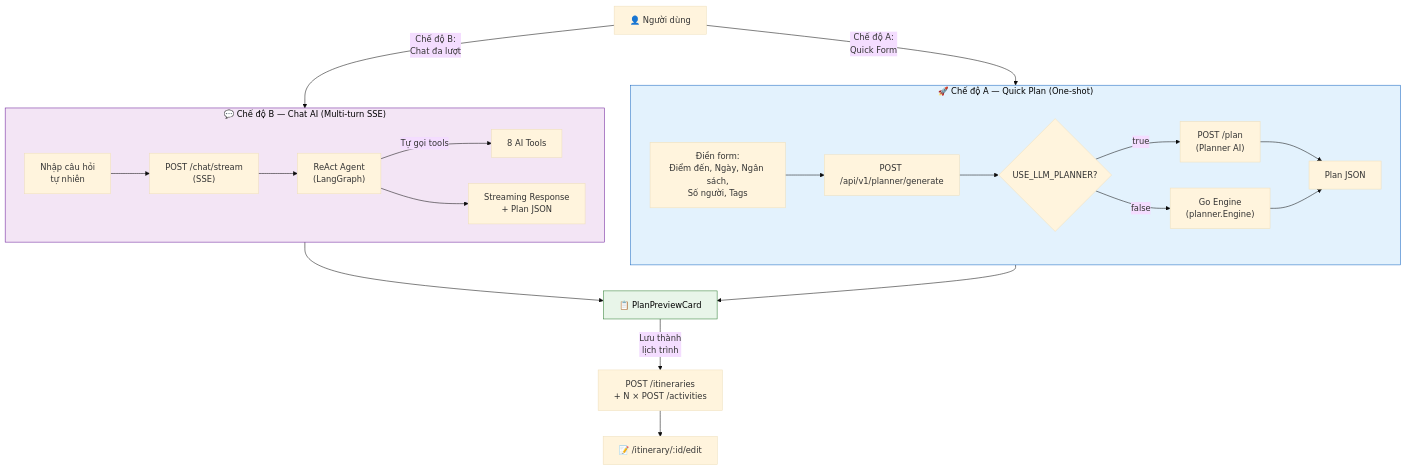
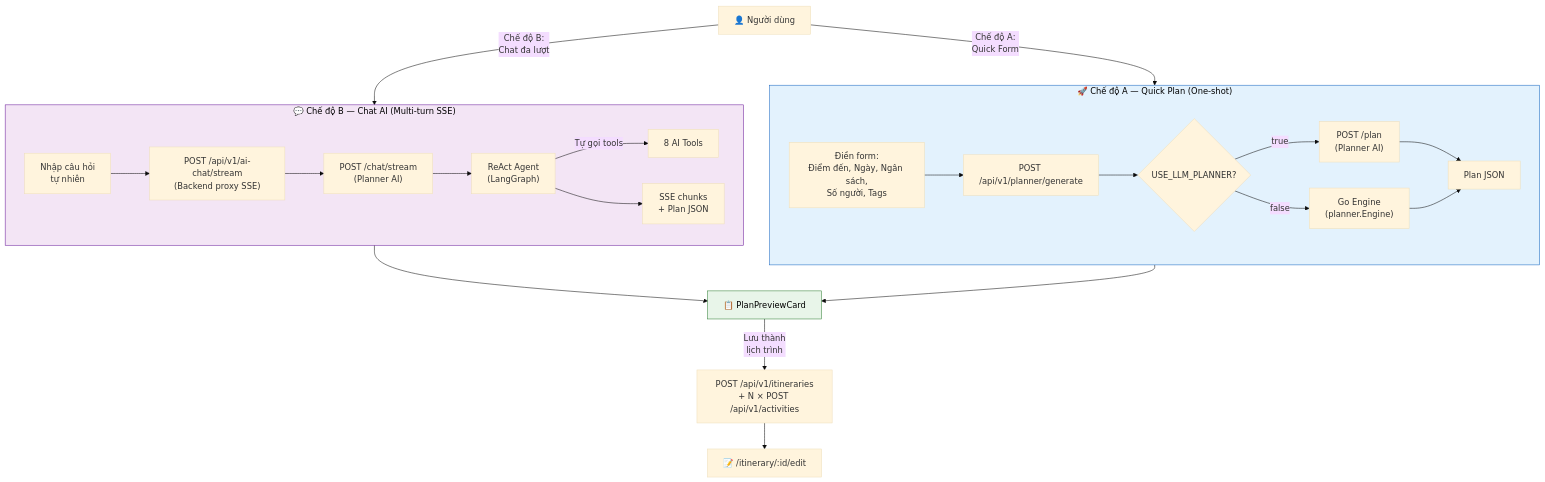
One commit to TVinhNguyen/Tripcompass changed the first of 4 diagrams in docs/diagrams/03-ai-planner-pipeline.md. Above: the diagram before and after it, drawn with Mermaid (base theme). The commit also changed other lines of this file and 12 other files, not shown here.

Commit message:
docs: add system design diagrams for AI planner and itinerary management workflows and initialize next-env.d.ts.

````diff
--- a/docs/diagrams/03-ai-planner-pipeline.md
+++ b/docs/diagrams/03-ai-planner-pipeline.md
@@ -5,36 +5,37 @@
 ```mermaid
 flowchart TB
     USER["👤 Người dùng"]
 
     USER -->|"Chế độ A:<br/>Quick Form"| MODE_A
     USER -->|"Chế độ B:<br/>Chat đa lượt"| MODE_B
 
     subgraph MODE_A["🚀 Chế độ A — Quick Plan (One-shot)"]
         direction LR
         FORM["Điền form:<br/>Điểm đến, Ngày, Ngân sách,<br/>Số người, Tags"]
         FORM --> API_GEN["POST /api/v1/planner/generate"]
         API_GEN --> PROXY{"USE_LLM_PLANNER?"}
         PROXY -->|"true"| LLM_PLAN["POST /plan<br/>(Planner AI)"]
         PROXY -->|"false"| GO_ENGINE["Go Engine<br/>(planner.Engine)"]
         LLM_PLAN --> RESULT_A["Plan JSON"]
         GO_ENGINE --> RESULT_A
     end
 
     subgraph MODE_B["💬 Chế độ B — Chat AI (Multi-turn SSE)"]
         direction LR
         CHAT_INPUT["Nhập câu hỏi<br/>tự nhiên"]
-        CHAT_INPUT --> SSE["POST /chat/stream<br/>(SSE)"]
-        SSE --> REACT["ReAct Agent<br/>(LangGraph)"]
+        CHAT_INPUT --> BE_CHAT["POST /api/v1/ai-chat/stream<br/>(Backend proxy SSE)"]
+        BE_CHAT --> AI_CHAT["POST /chat/stream<br/>(Planner AI)"]
+        AI_CHAT --> REACT["ReAct Agent<br/>(LangGraph)"]
         REACT -->|"Tự gọi tools"| TOOLS["8 AI Tools"]
-        REACT --> RESULT_B["Streaming Response<br/>+ Plan JSON"]
+        REACT --> RESULT_B["SSE chunks<br/>+ Plan JSON"]
     end
 
     RESULT_A --> PREVIEW["📋 PlanPreviewCard"]
     RESULT_B --> PREVIEW
-    PREVIEW -->|"Lưu thành<br/>lịch trình"| SAVE["POST /itineraries<br/>+ N × POST /activities"]
+    PREVIEW -->|"Lưu thành<br/>lịch trình"| SAVE["POST /api/v1/itineraries<br/>+ N × POST /api/v1/activities"]
     SAVE --> EDIT["📝 /itinerary/:id/edit"]
 
     style MODE_A fill:#e3f2fd,stroke:#1565C0,color:#000
     style MODE_B fill:#f3e5f5,stroke:#6A1B9A,color:#000
     style PREVIEW fill:#e8f5e9,stroke:#2E7D32,color:#000
 ```
````
